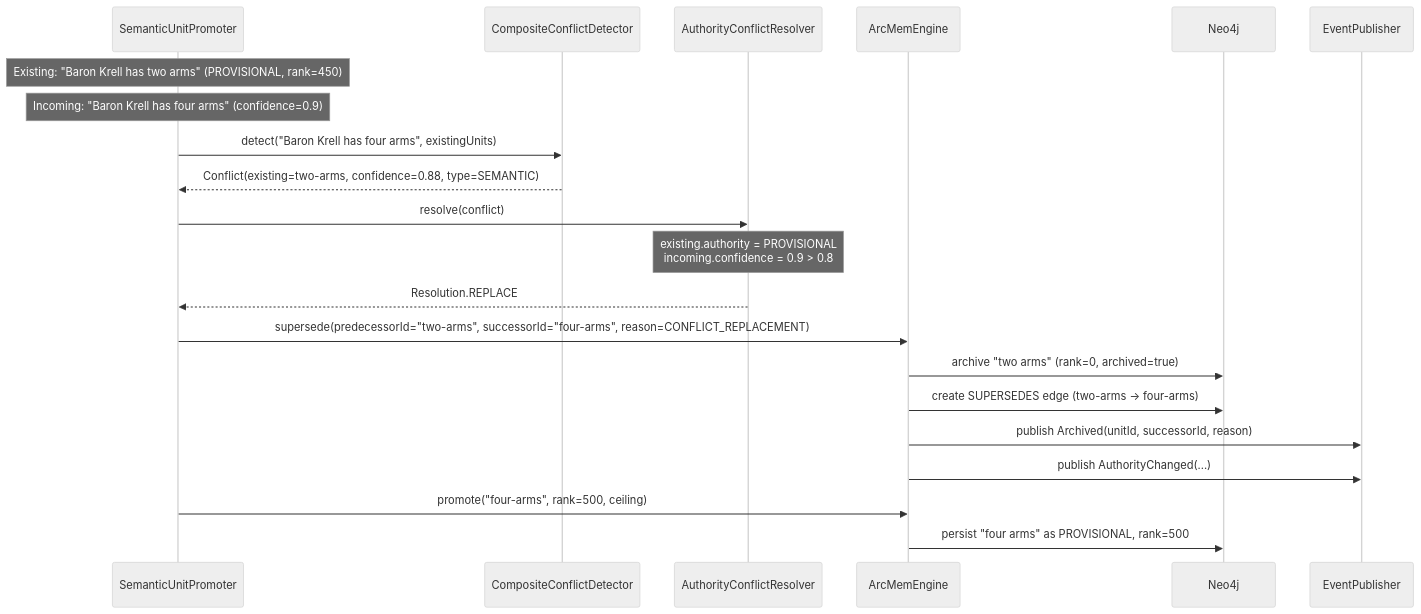
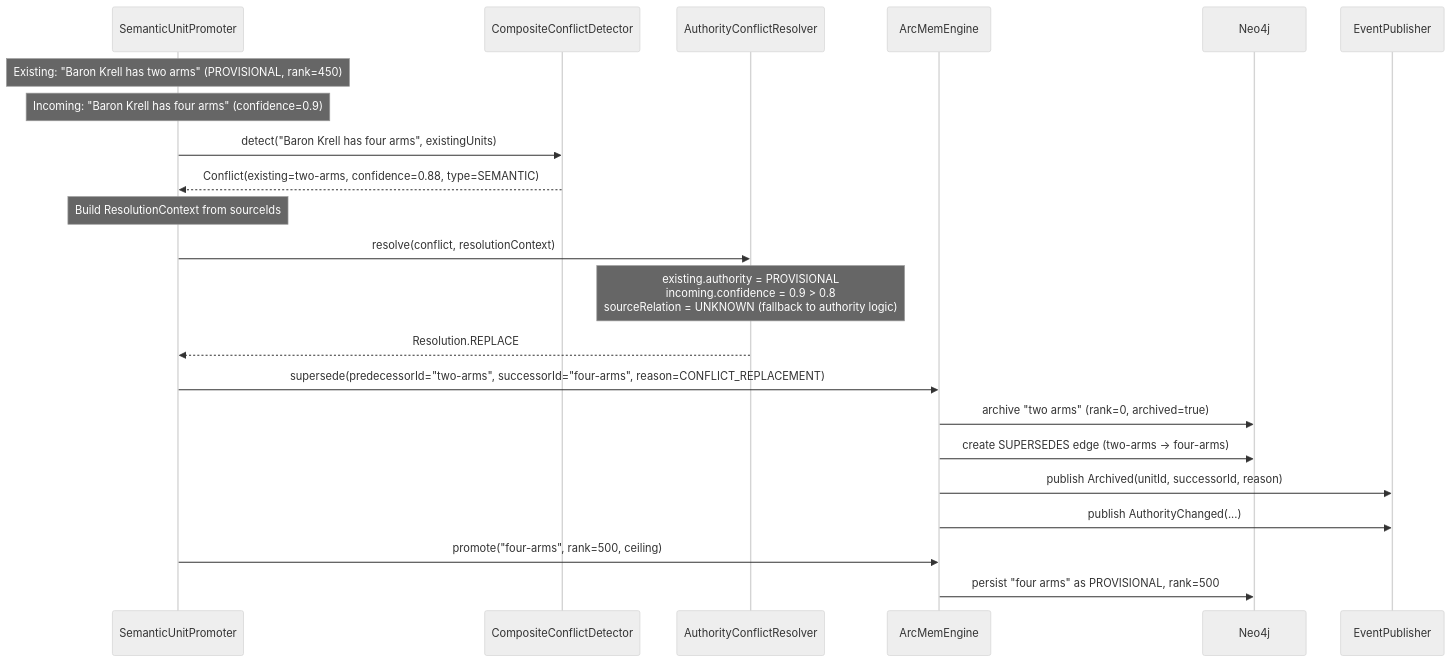
The third of 6 diagrams in docs/data-flows.md (jimador/arc-mem), drawn with Mermaid (neutral theme) before and after one commit. The commit also changed other lines of this file and 34 other files, not shown here.

First line of the commit message:
feat: source-aware conflict resolution with NARRATIVE domain profile

````diff
--- a/docs/data-flows.md
+++ b/docs/data-flows.md
@@ -138,28 +139,29 @@
 ```mermaid
 sequenceDiagram
     participant UP as SemanticUnitPromoter
     participant CD as CompositeConflictDetector
     participant CR as AuthorityConflictResolver
     participant AE as ArcMemEngine
     participant DB as Neo4j
     participant EVT as EventPublisher
 
     Note over UP: Existing: "Baron Krell has two arms" (PROVISIONAL, rank=450)
     Note over UP: Incoming: "Baron Krell has four arms" (confidence=0.9)
 
     UP->>CD: detect("Baron Krell has four arms", existingUnits)
     CD-->>UP: Conflict(existing=two-arms, confidence=0.88, type=SEMANTIC)
 
-    UP->>CR: resolve(conflict)
-    Note over CR: existing.authority = PROVISIONAL<br/>incoming.confidence = 0.9 > 0.8
+    Note over UP: Build ResolutionContext from sourceIds
+    UP->>CR: resolve(conflict, resolutionContext)
+    Note over CR: existing.authority = PROVISIONAL<br/>incoming.confidence = 0.9 > 0.8<br/>sourceRelation = UNKNOWN (fallback to authority logic)
     CR-->>UP: Resolution.REPLACE
 
     UP->>AE: supersede(predecessorId="two-arms", successorId="four-arms", reason=CONFLICT_REPLACEMENT)
     AE->>DB: archive "two arms" (rank=0, archived=true)
     AE->>DB: create SUPERSEDES edge (two-arms → four-arms)
     AE->>EVT: publish Archived(unitId, successorId, reason)
     AE->>EVT: publish AuthorityChanged(...)
 
     UP->>AE: promote("four-arms", rank=500, ceiling)
     AE->>DB: persist "four arms" as PROVISIONAL, rank=500
 ```
````
